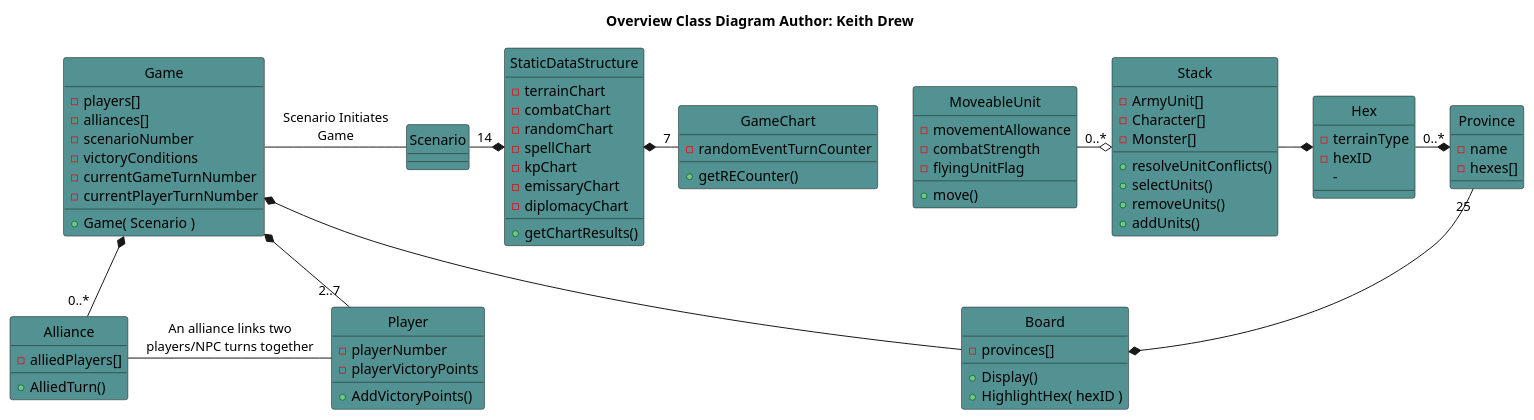
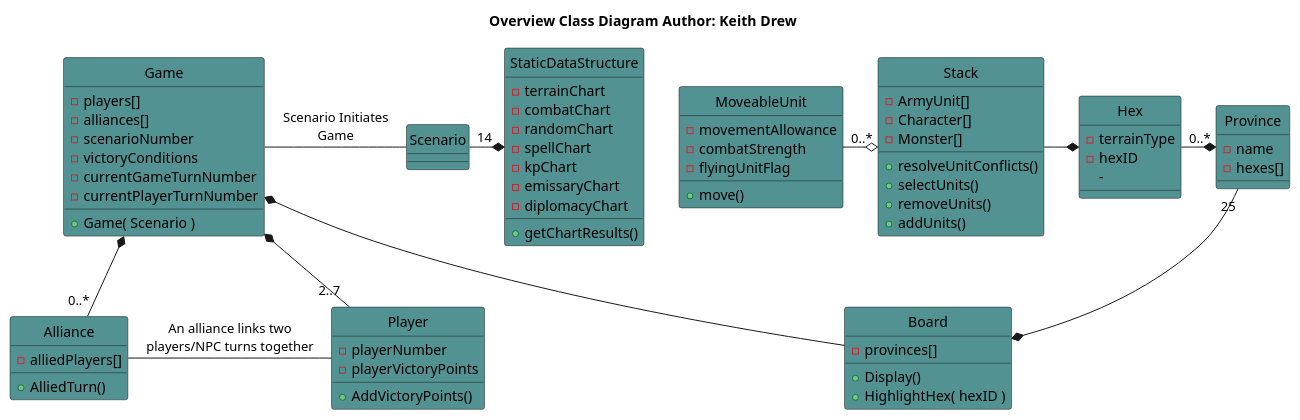
One commit to cjeffery/sworsorc changed the diagram in doc/masterClassDiagrams/overview.pu. Above: the diagram before and after it, drawn with PlantUML. The commit also changed 1 other file, not shown here.

```diff
--- a/doc/masterClassDiagrams/overview.pu
+++ b/doc/masterClassDiagrams/overview.pu
@@ -1,91 +1,84 @@
 @startuml
 hide circle
 title <b>Overview Class Diagram<b> Author: Keith Drew
 
 Game *-- Board
 Game *-- "2..7" Player
 Game *-- "0..*" Alliance 
 Game - Scenario : Scenario Initiates\nGame
 Scenario "14" -* StaticDataStructure
 Alliance - Player : An alliance links two\nplayers/NPC turns together
 Province "25" -down-* Board
 Hex "0..*" -right-* Province
 Stack -right-* Hex
 MoveableUnit "0..*" -right-o Stack
-StaticDataStructure *- "7" GameChart
 
 class Game #529292 {
 -players[]
 -alliances[]
 -scenarioNumber
 -victoryConditions
 -currentGameTurnNumber
 -currentPlayerTurnNumber
 +Game( Scenario )
 }
 
 class Board #529292 {
 -provinces[]
 +Display()
 +HighlightHex( hexID )
 }
 
 class Player #529292 {
 -playerNumber
 -playerVictoryPoints
 +AddVictoryPoints()
 }
 
 class Alliance #529292 {
 -alliedPlayers[]
 +AlliedTurn()
 }
 
 class Province #529292 {
 -name
 -hexes[]
 }
 
 class Hex #529292 {
 -terrainType
 -hexID
 -
 }
 
 class Stack #529292 {
 -ArmyUnit[]
 -Character[]
 -Monster[]
 +resolveUnitConflicts()
 +selectUnits()
 +removeUnits()
 +addUnits()
 }
 
 class MoveableUnit #529292 {
 -movementAllowance
 -combatStrength
 -flyingUnitFlag
 +move()
 }
 
 class Scenario #529292 {
 }
 
 class StaticDataStructure #529292 {
 -terrainChart
 -combatChart
 -randomChart
 -spellChart
 -kpChart
 -emissaryChart
 -diplomacyChart
 +getChartResults()
 }
-
-class GameChart #529292 {
--randomEventTurnCounter
-+getRECounter()
-}
-
 @enduml
```
